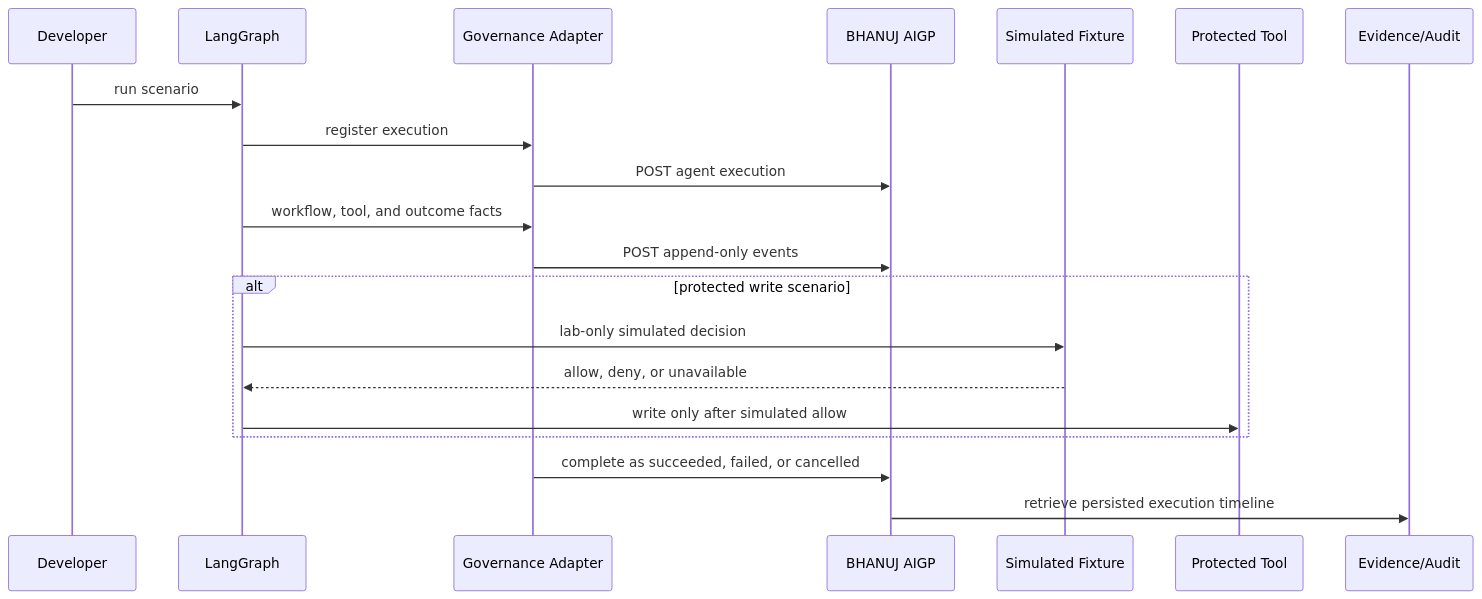
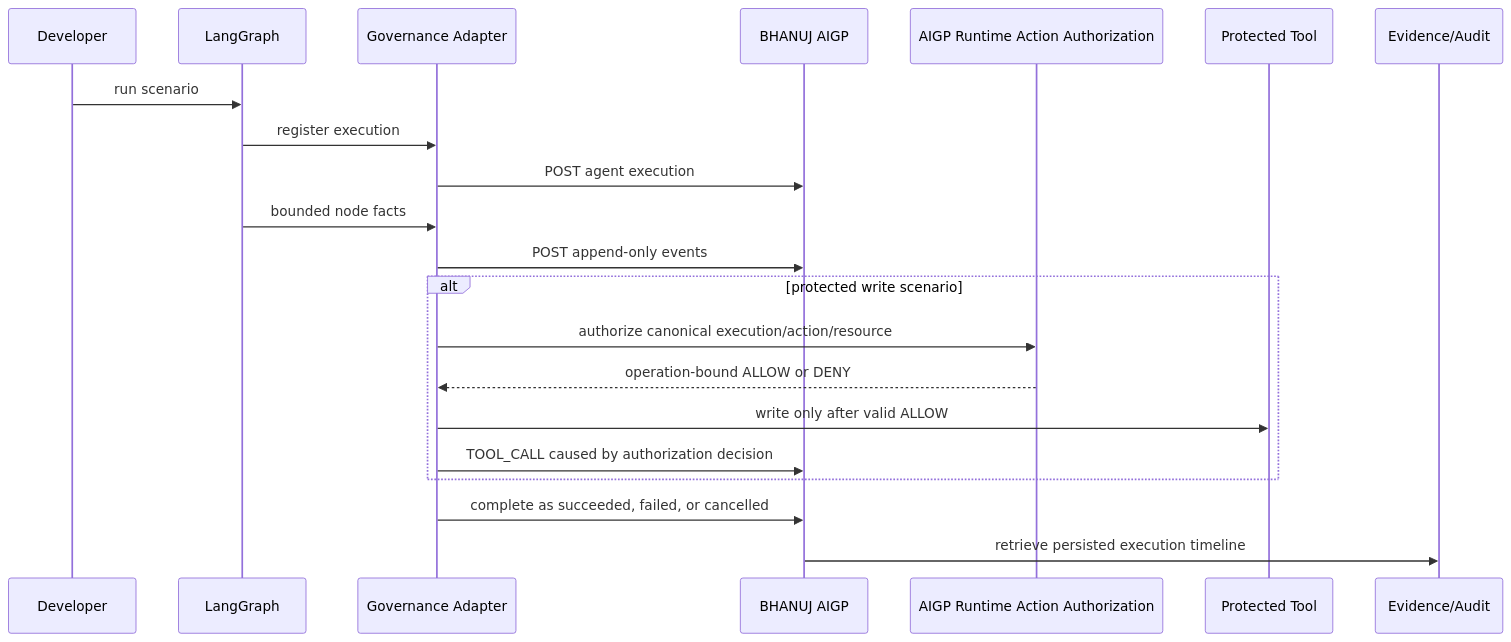
One commit to Bhanuj-AI/labs changed the second of 2 diagrams in agent-frameworks/langgraph/langgraph-governed-operations-intg/README.md. Above: the diagram before and after it, drawn with Mermaid. The commit also changed other lines of this file and 10 other files, not shown here.

````diff
--- a/agent-frameworks/langgraph/langgraph-governed-operations-intg/README.md
+++ b/agent-frameworks/langgraph/langgraph-governed-operations-intg/README.md
@@ -34,23 +47,24 @@
 ```mermaid
 sequenceDiagram
     participant Developer
     participant LangGraph
     participant Adapter as Governance Adapter
     participant AIGP as BHANUJ AIGP
-    participant Fixture as Simulated Fixture
+    participant Authorizer as AIGP Runtime Action Authorization
     participant Tool as Protected Tool
     participant Audit as Evidence/Audit
 
     Developer->>LangGraph: run scenario
     LangGraph->>Adapter: register execution
     Adapter->>AIGP: POST agent execution
-    LangGraph->>Adapter: workflow, tool, and outcome facts
+    LangGraph->>Adapter: bounded node facts
     Adapter->>AIGP: POST append-only events
     alt protected write scenario
-        LangGraph->>Fixture: lab-only simulated decision
-        Fixture-->>LangGraph: allow, deny, or unavailable
-        LangGraph->>Tool: write only after simulated allow
+        Adapter->>Authorizer: authorize canonical execution/action/resource
+        Authorizer-->>Adapter: operation-bound ALLOW or DENY
+        Adapter->>Tool: write only after valid ALLOW
+        Adapter->>AIGP: TOOL_CALL caused by authorization decision
     end
     Adapter->>AIGP: complete as succeeded, failed, or cancelled
     AIGP->>Audit: retrieve persisted execution timeline
 ```
````
